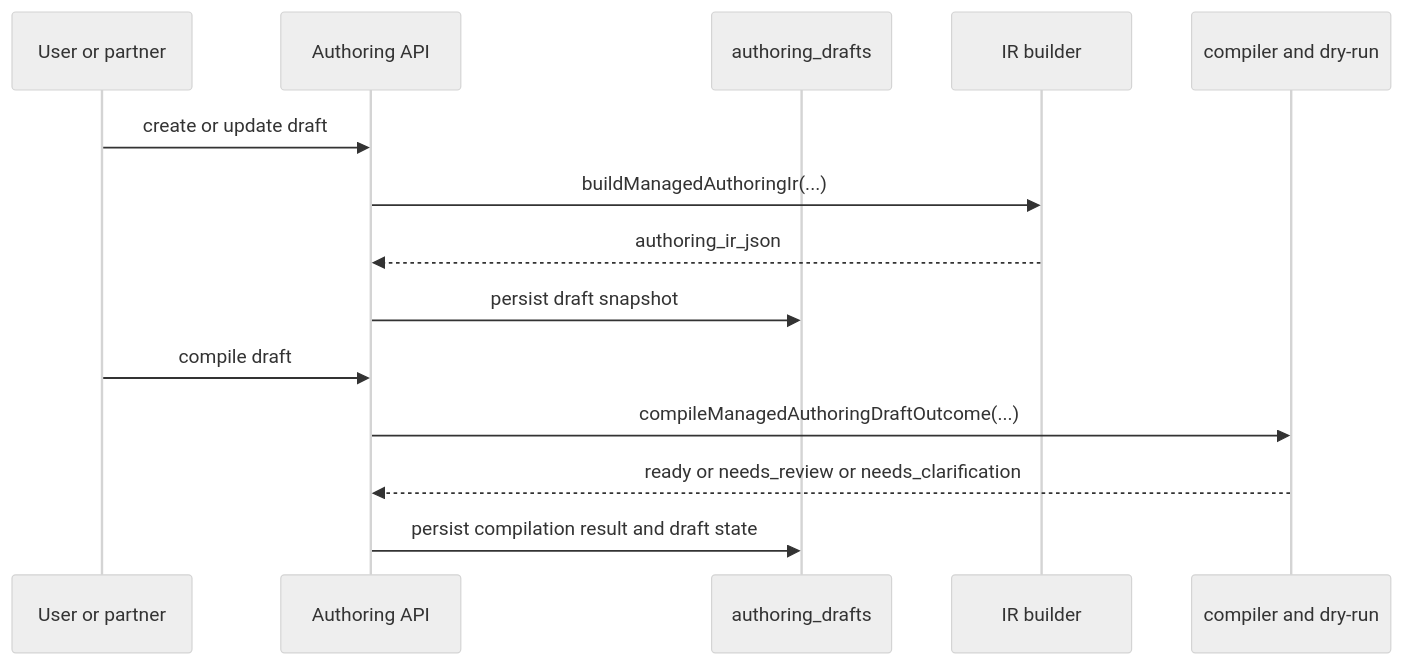
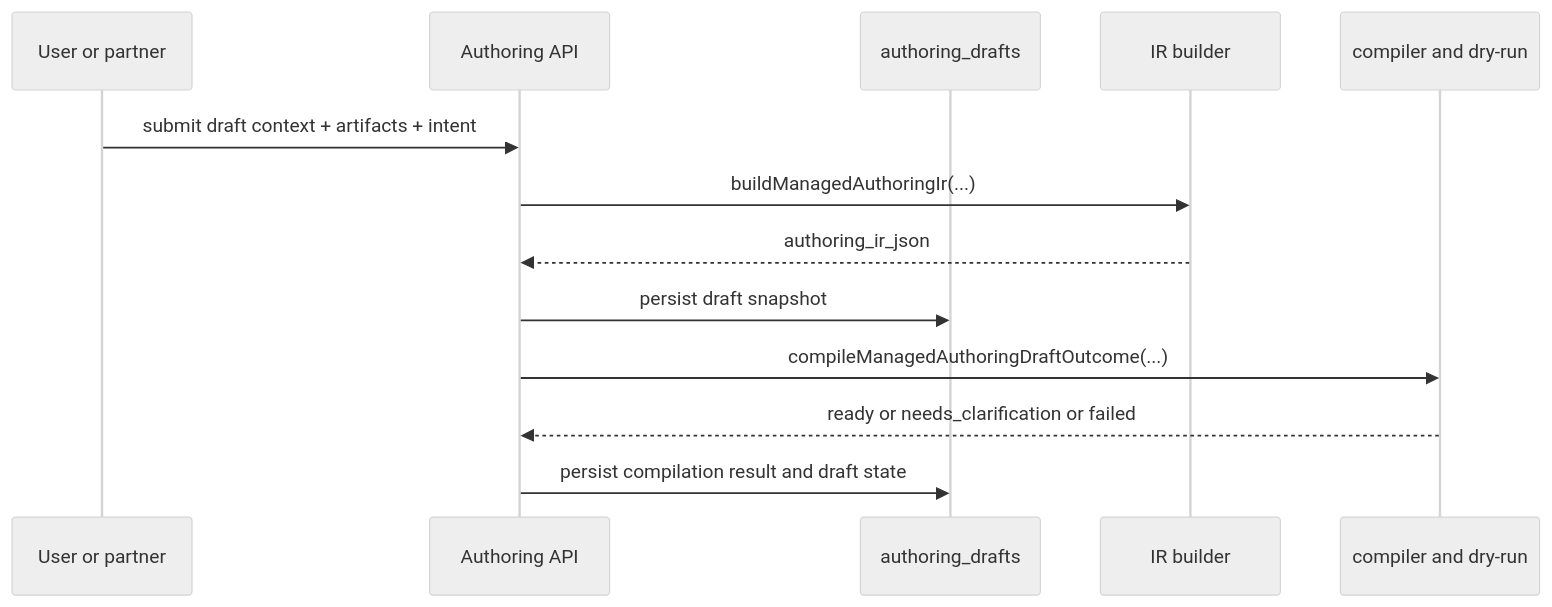
One commit to andymolecule/Agora changed the sixth of 9 diagrams in docs/system-anatomy.md. Above: the diagram before and after it, drawn with Mermaid (neutral theme). The commit also changed other lines of this file and 81 other files, not shown here.

````diff
--- a/docs/system-anatomy.md
+++ b/docs/system-anatomy.md
@@ -954,17 +916,16 @@
 ```mermaid
 sequenceDiagram
     participant U as User or partner
     participant API as Authoring API
     participant DB as authoring_drafts
     participant IR as IR builder
     participant CMP as compiler and dry-run
 
-    U->>API: create or update draft
+    U->>API: submit draft context + artifacts + intent
     API->>IR: buildManagedAuthoringIr(...)
     IR-->>API: authoring_ir_json
     API->>DB: persist draft snapshot
-    U->>API: compile draft
     API->>CMP: compileManagedAuthoringDraftOutcome(...)
-    CMP-->>API: ready or needs_review or needs_clarification
+    CMP-->>API: ready or needs_clarification or failed
     API->>DB: persist compilation result and draft state
 ```
````
